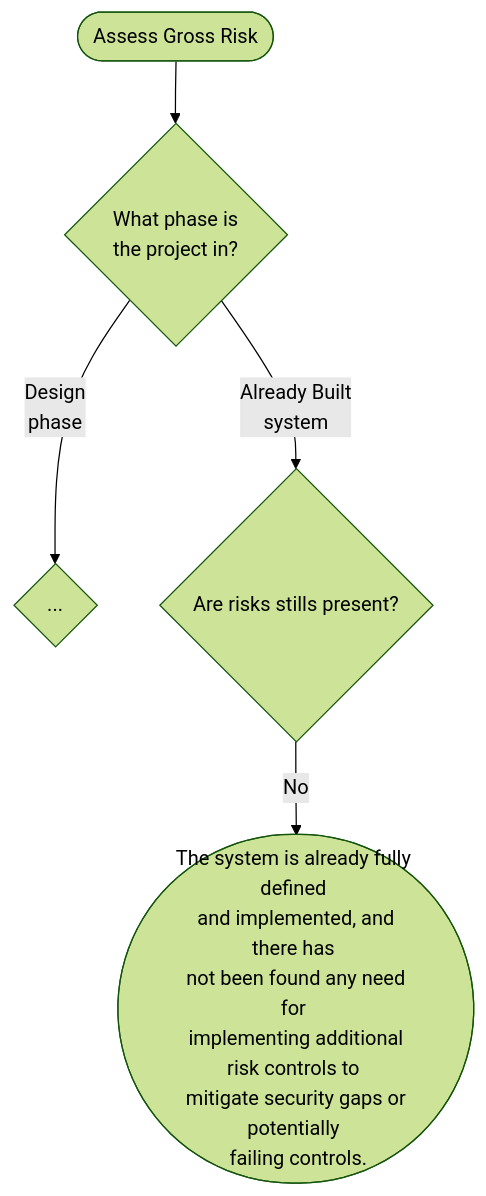
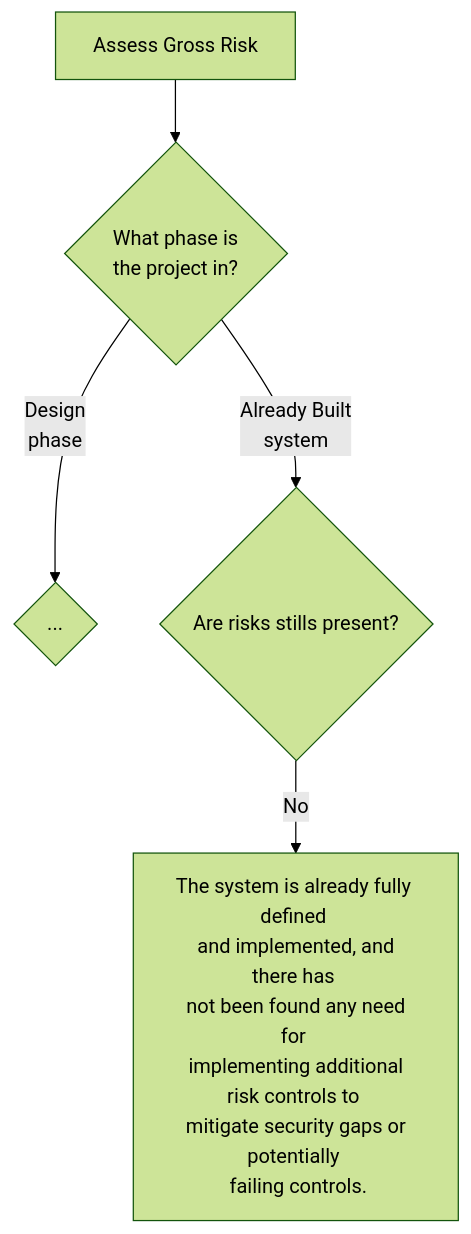
One commit to AttilaVural/AttilaVural.github.io changed the diagram in _posts/2023-01-16-IT-risk-assessment.md. Above: the diagram before and after it, drawn with Mermaid (forest theme).

```diff
--- a/_posts/2023-01-16-IT-risk-assessment.md
+++ b/_posts/2023-01-16-IT-risk-assessment.md
@@ -16,8 +16,8 @@
 <div class="mermaid">
   graph TD
-      A([Assess Gross Risk]) 
+      A[Assess Gross Risk]
         A--> B{What phase is <br> the project in?}
       B -->|Design <br> phase| D{...}
       B -->|Already Built <br> system| E{Are risks stills present?}
-      E -->|No| F([The system is already fully defined <br> and implemented, and there has <br> not been found any need for <br> implementing additional risk controls to <br> mitigate security gaps or potentially <br> failing controls.])
+      E -->|No| F[The system is already fully defined <br> and implemented, and there has <br> not been found any need for <br> implementing additional risk controls to <br> mitigate security gaps or potentially <br> failing controls.]
 </div>
```
